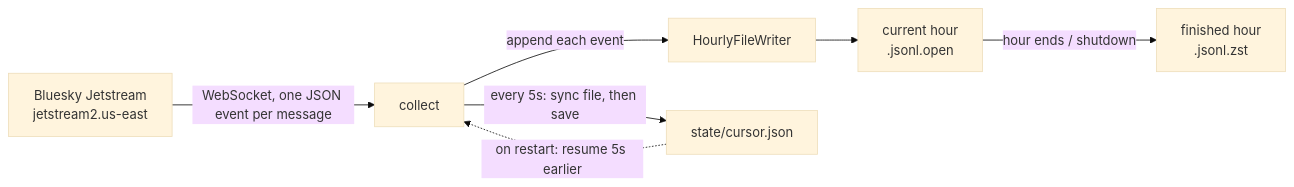
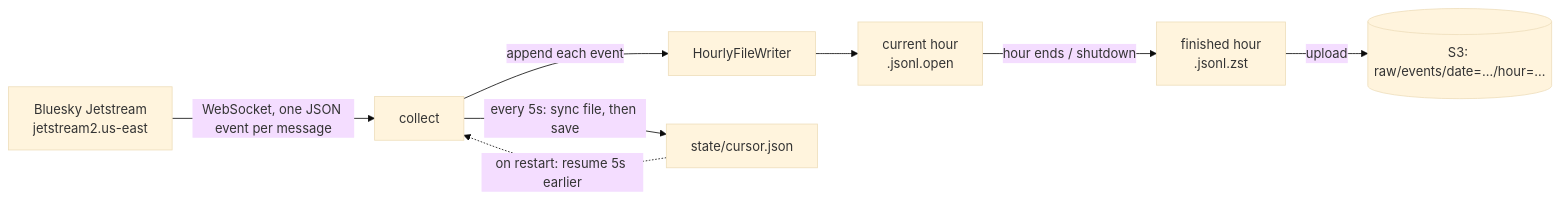
One commit to dhirajkk91/bluesky-stream-analytics changed the diagram in docs/architecture.md. Above: the diagram before and after it, drawn with Mermaid (base theme). The commit also changed other lines of this file and 8 other files, not shown here.

````diff
--- a/docs/architecture.md
+++ b/docs/architecture.md
@@ -11,9 +12,10 @@
 ```mermaid
 flowchart LR
     J["Bluesky Jetstream<br/>jetstream2.us-east"] -->|WebSocket, one JSON event per message| C[collect]
     C -->|append each event| W[HourlyFileWriter]
     W --> O["current hour<br/>.jsonl.open"]
     O -->|hour ends / shutdown| Z["finished hour<br/>.jsonl.zst"]
     C -->|every 5s: sync file, then save| K["state/cursor.json"]
     K -.->|on restart: resume 5s earlier| C
+    Z -->|upload| S3[("S3: raw/events/date=…/hour=…")]
 ```
````
